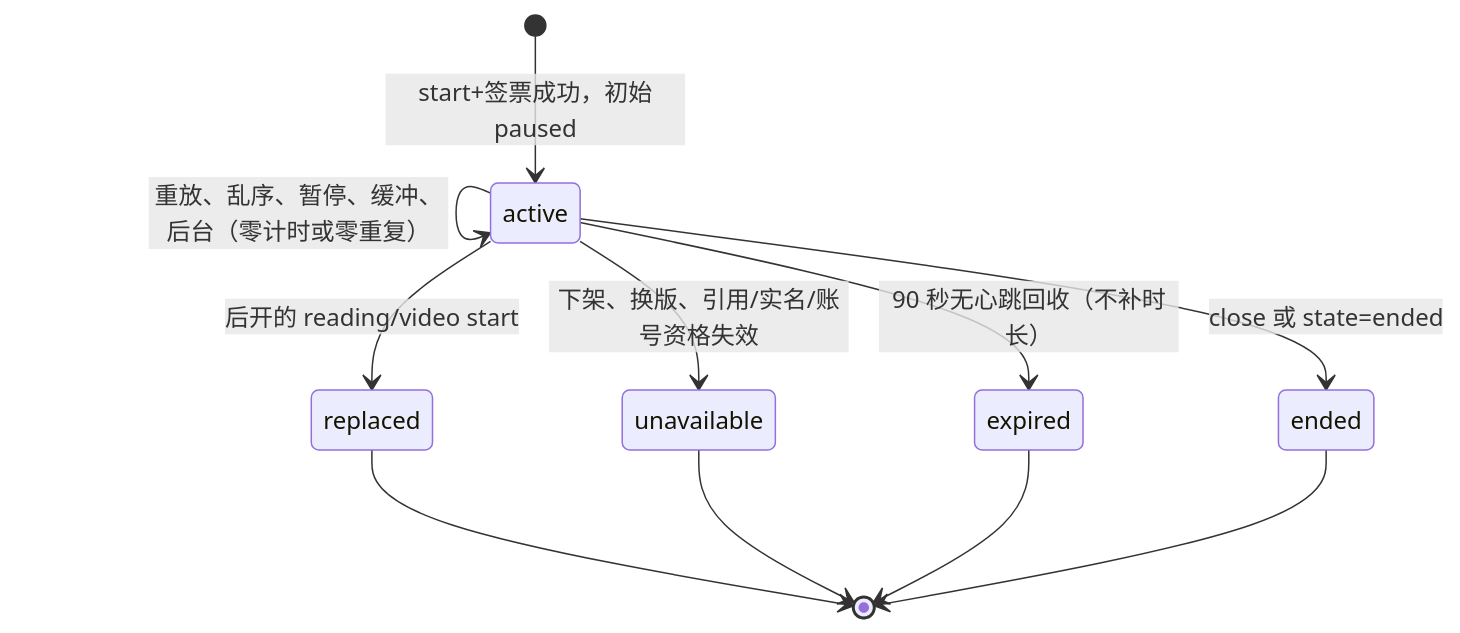
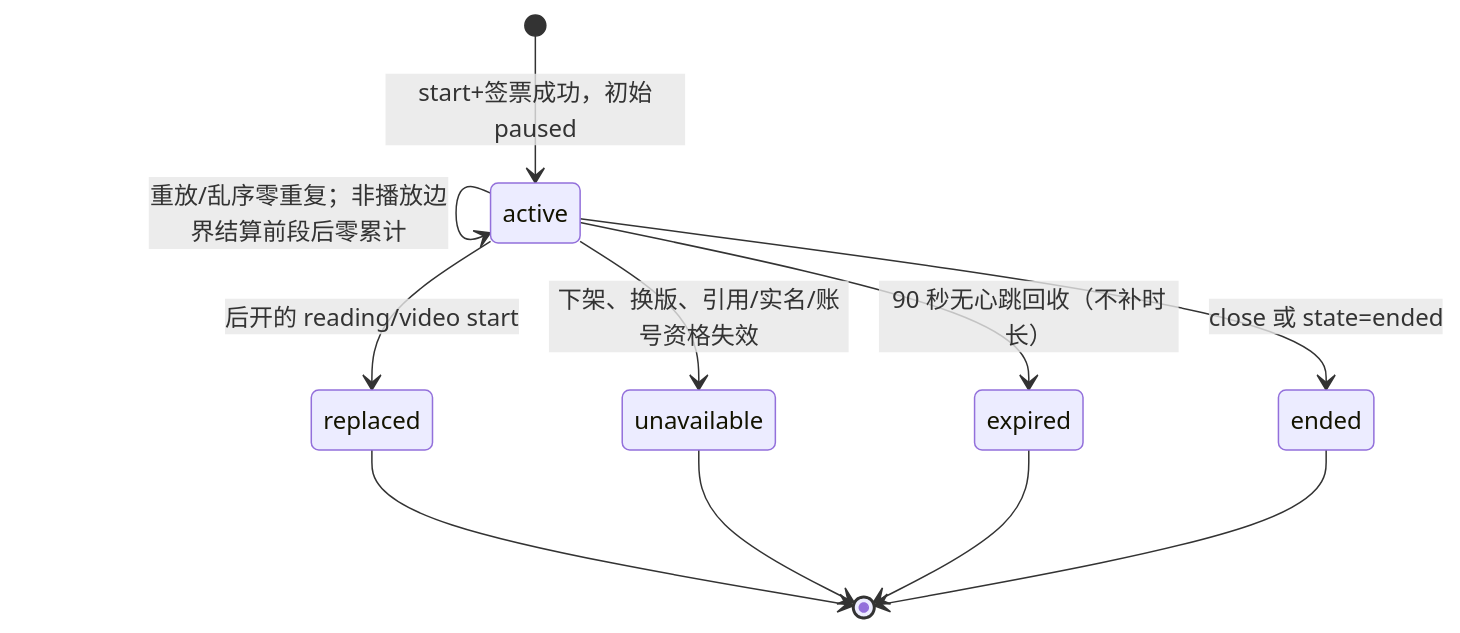
Diagram 20 of 21 in docs/design/06-关键流程.md (caoguanjie/emodor-exam), drawn with Mermaid before and after one commit. The commit also changed other lines of this file and 12 other files, not shown here.

````diff
--- a/docs/design/06-关键流程.md
+++ b/docs/design/06-关键流程.md
@@ -918,14 +918,14 @@
 ```mermaid
 stateDiagram-v2
     [*] --> active : start+签票成功，初始paused
     active --> active : 严格递增 heartbeat 持久化锚点/覆盖
-    active --> active : 重放、乱序、暂停、缓冲、后台（零计时或零重复）
+    active --> active : 重放/乱序零重复；非播放边界结算前段后零累计
     active --> ended : close 或 state=ended
     active --> replaced : 后开的 reading/video start
     active --> unavailable : 下架、换版、引用/实名/账号资格失效
     active --> expired : 90 秒无心跳回收（不补时长）
     replaced --> [*]
     unavailable --> [*]
     expired --> [*]
     ended --> [*]
 ```
````
